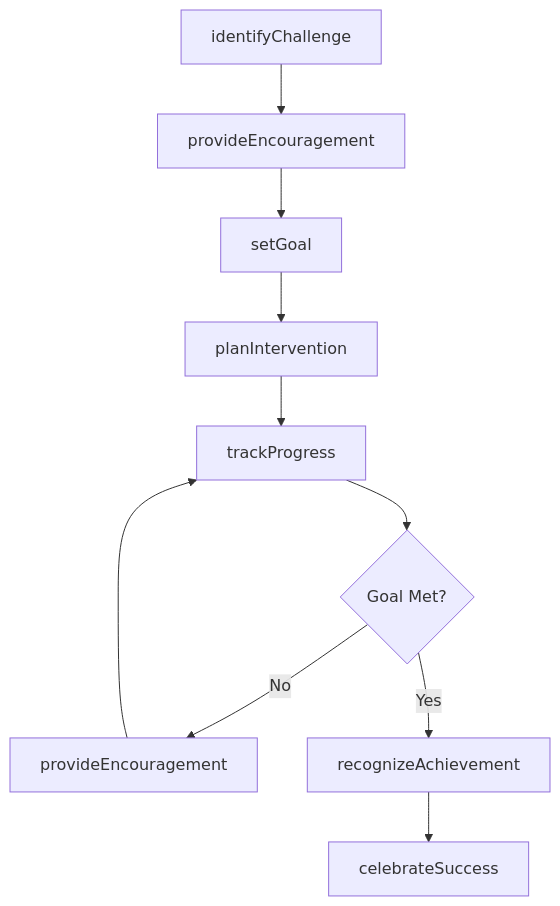
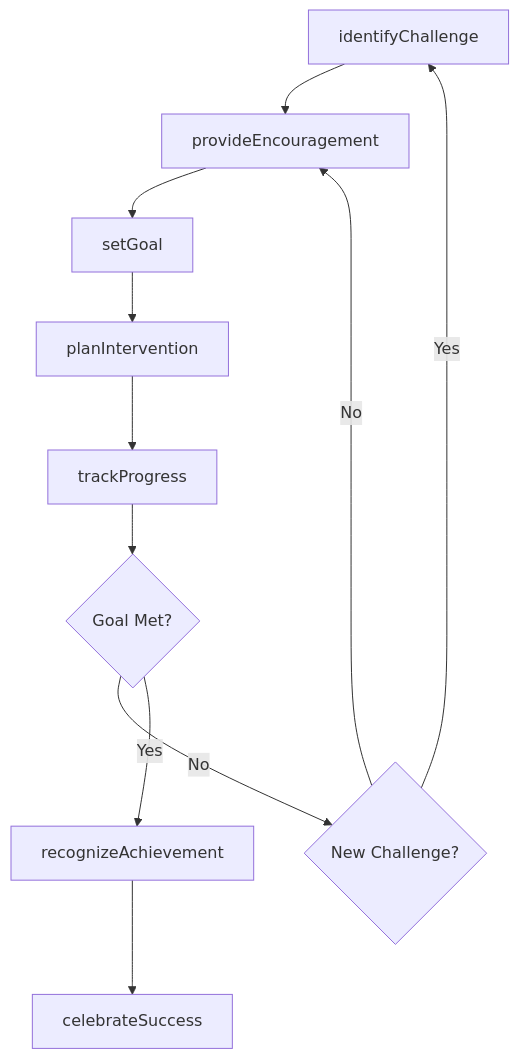
One commit to dot-org-ai/tasks.org.ai changed the third of 4 diagrams in CoachingAndDevelopingOthers/ProvideSupportOrEncouragementToOthers/EncourageStudents.mdx. Above: the diagram before and after it, drawn with Mermaid. The commit also changed other lines of this file and 504 other files, not shown here.

First line of the commit message:
feat: Add ER diagrams, state diagrams, and workflow improvements to 96 DWA task files

````diff
--- a/CoachingAndDevelopingOthers/ProvideSupportOrEncouragementToOthers/EncourageStudents.mdx
+++ b/CoachingAndDevelopingOthers/ProvideSupportOrEncouragementToOthers/EncourageStudents.mdx
@@ -87,12 +115,13 @@
 ```mermaid
 graph TD
     A[identifyChallenge] --> B[provideEncouragement]
     B --> C[setGoal]
     C --> D[planIntervention]
     D --> E[trackProgress]
     E --> F{Goal Met?}
-    F -->|No| G[provideEncouragement]
+    F -->|No| G{New Challenge?}
+    G -->|Yes| A
+    G -->|No| B
     F -->|Yes| H[recognizeAchievement]
-    G --> E
     H --> I[celebrateSuccess]
 ```
````
